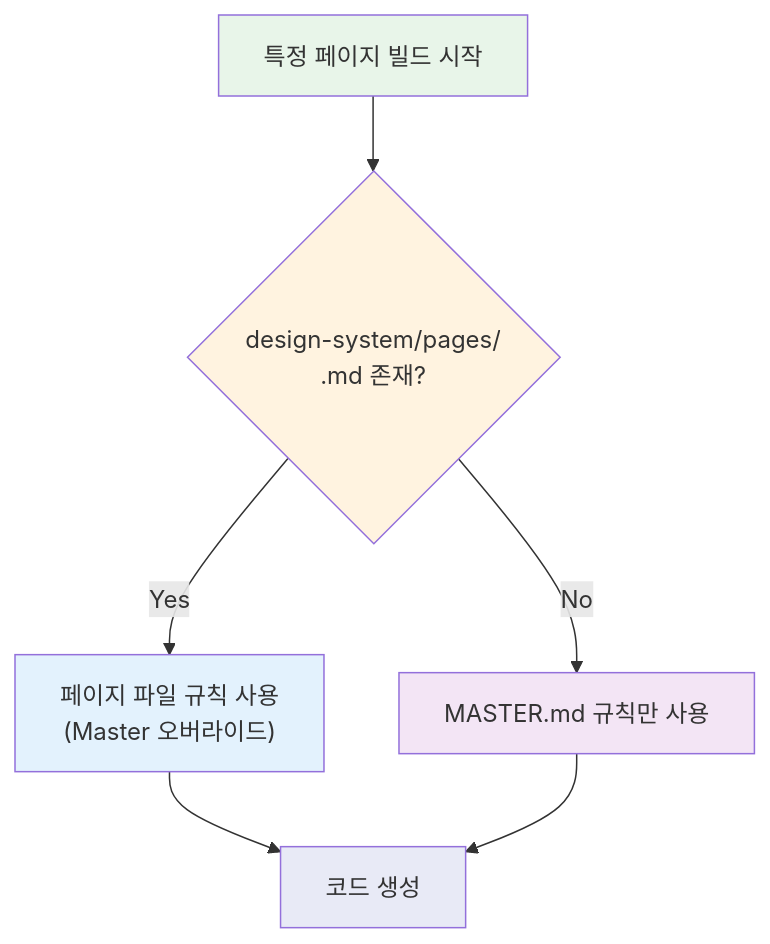
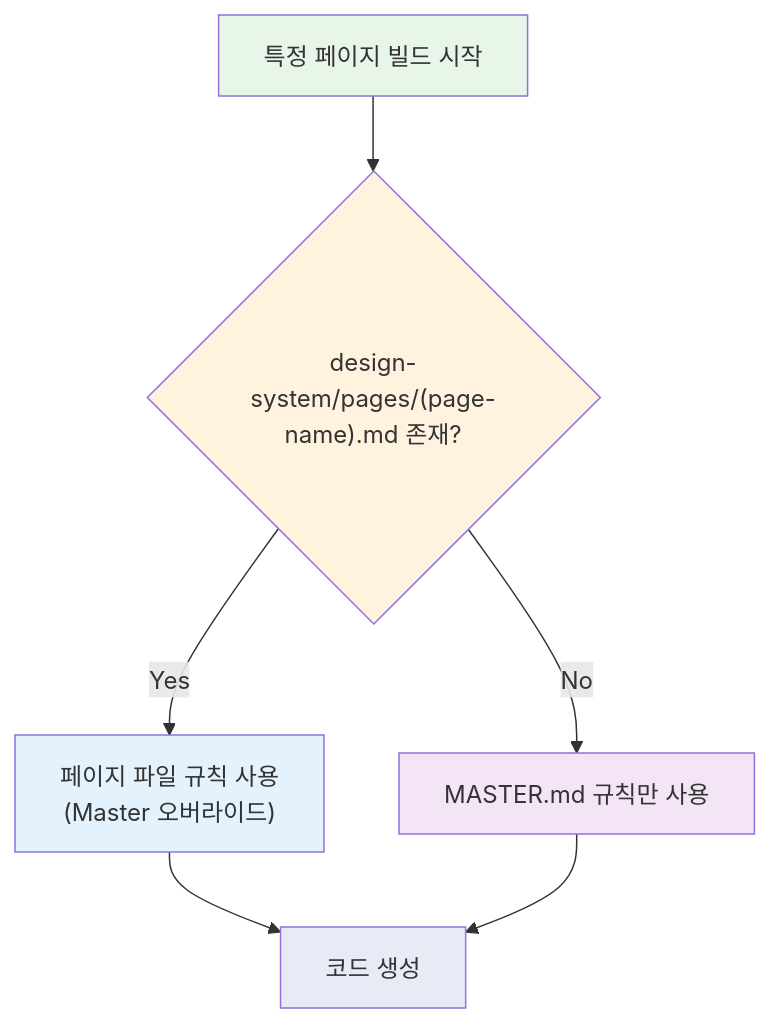
Before and after one commit to gyuha/blog: diagram 11 of 12 in content/post/2026/2026-03-08-ui-ux-pro-max-skill.md, drawn with Mermaid. The commit also changed other lines of this file, not shown here.

````diff
--- a/content/post/2026/2026-03-08-ui-ux-pro-max-skill.md
+++ b/content/post/2026/2026-03-08-ui-ux-pro-max-skill.md
@@ -617,14 +619,14 @@
 ```mermaid
 flowchart TD
-    Start["특정 페이지 빌드 시작"] --> Check{"design-system/pages/<br/><page-name>.md 존재?"}
+    Start["특정 페이지 빌드 시작"] --> Check{"design-system/pages/(page-name).md 존재?"}
     Check -->|Yes| UsePage["페이지 파일 규칙 사용<br/>(Master 오버라이드)"]
     Check -->|No| UseMaster["MASTER.md 규칙만 사용"]
     UsePage --> Build["코드 생성"]
     UseMaster --> Build
 
     style Start fill:#e8f5e9
     style Check fill:#fff3e0
     style UsePage fill:#e3f2fd
     style UseMaster fill:#f3e5f5
     style Build fill:#e8eaf6
 ```
````
